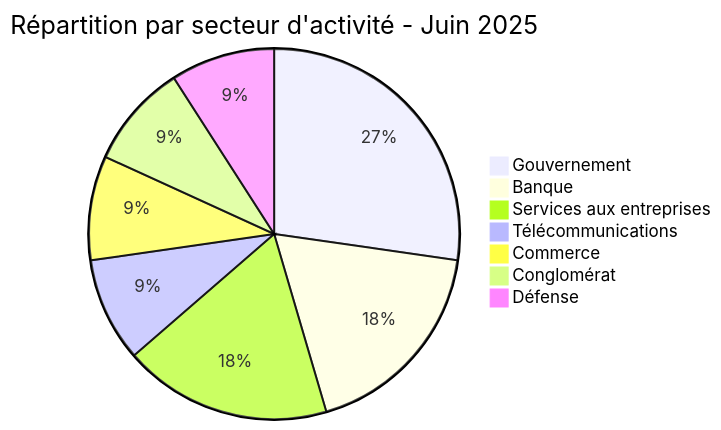
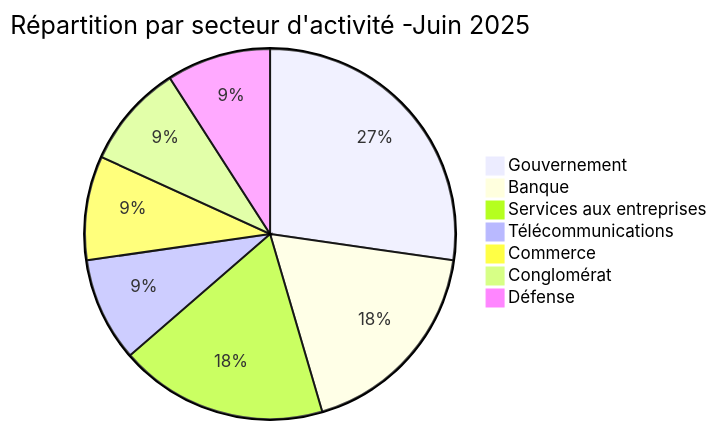
The second of 5 diagrams in reports/2025/06-june/README_FR.md (Hatchepsoute/AFRINTEL), drawn with Mermaid before and after one commit.

Commit message:
Rapport CTI : Cyberattaques en Afrique Juin 2025

````diff
--- a/reports/2025/06-june/README_FR.md
+++ b/reports/2025/06-june/README_FR.md
@@ -59,10 +59,10 @@
 ```mermaid
-pie title Répartition par secteur d'activité - Juin 2025
+pie title Répartition par secteur d'activité -Juin 2025
     "Gouvernement" : 3
     "Banque" : 2
     "Services aux entreprises" : 2
     "Télécommunications" : 1
     "Commerce" : 1
     "Conglomérat" : 1
     "Défense" : 1
 ```
````
